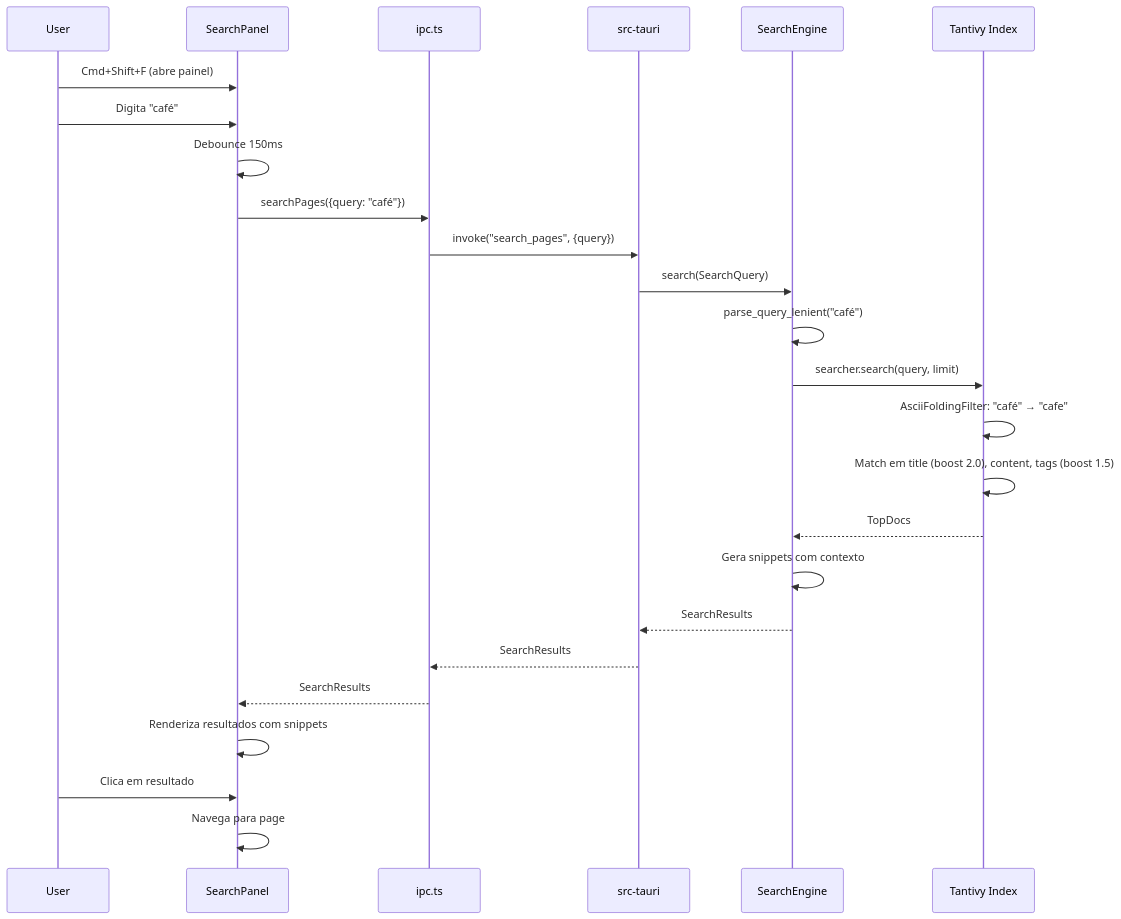
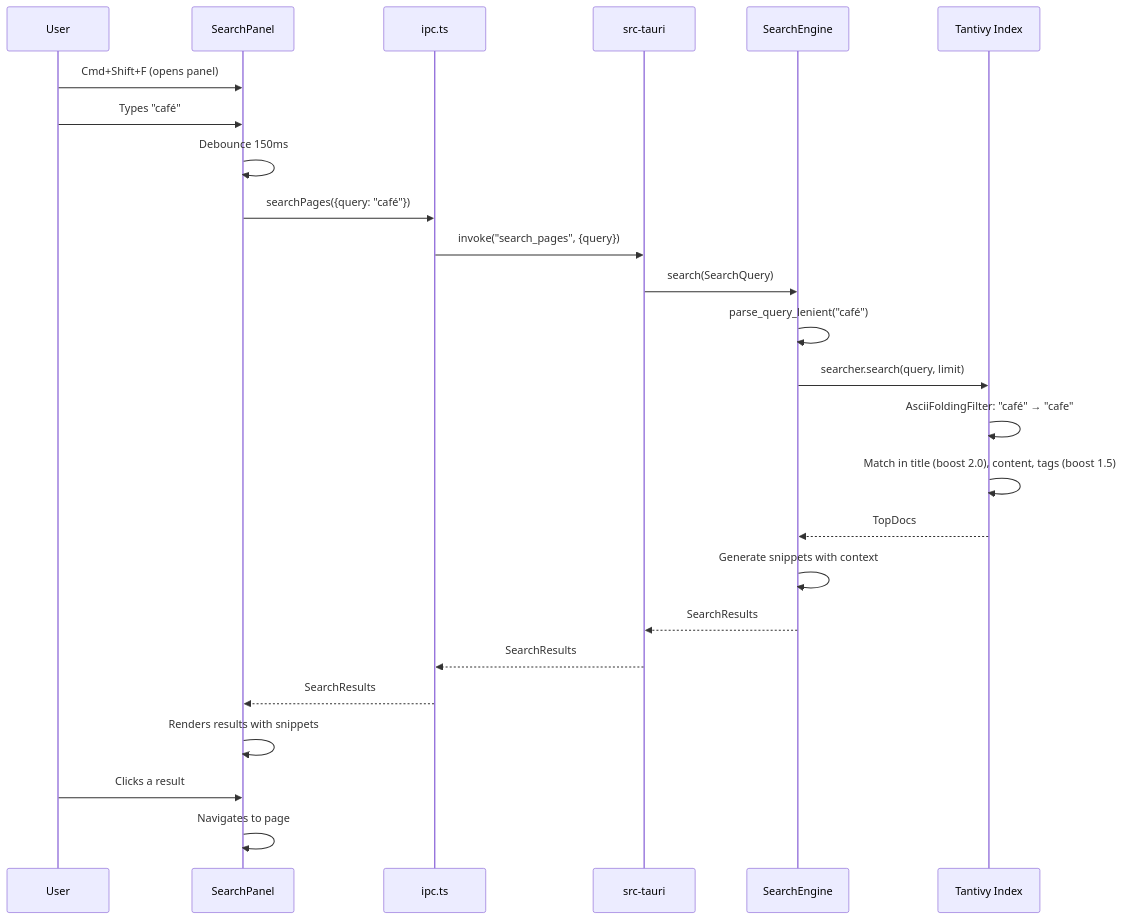
One commit to l3co/open-note changed the tenth of 15 diagrams in docs/ARCHITECTURE.md. Above: the diagram before and after it, drawn with Mermaid. The commit also changed other lines of this file and 10 other files, not shown here.

First line of the commit message:
docs: translate ARCHITECTURE, USER_GUIDE, and all 9 ADRs to English

````diff
--- a/docs/ARCHITECTURE.md
+++ b/docs/ARCHITECTURE.md
@@ -486,32 +486,32 @@
 ```mermaid
 sequenceDiagram
     participant User
     participant Panel as SearchPanel
     participant IPC as ipc.ts
     participant Rust as src-tauri
     participant SE as SearchEngine
     participant Tantivy as Tantivy Index
 
-    User->>Panel: Cmd+Shift+F (abre painel)
-    User->>Panel: Digita "café"
+    User->>Panel: Cmd+Shift+F (opens panel)
+    User->>Panel: Types "café"
     Panel->>Panel: Debounce 150ms
 
     Panel->>IPC: searchPages({query: "café"})
     IPC->>Rust: invoke("search_pages", {query})
     Rust->>SE: search(SearchQuery)
 
     SE->>SE: parse_query_lenient("café")
     SE->>Tantivy: searcher.search(query, limit)
     Tantivy->>Tantivy: AsciiFoldingFilter: "café" → "cafe"
-    Tantivy->>Tantivy: Match em title (boost 2.0), content, tags (boost 1.5)
+    Tantivy->>Tantivy: Match in title (boost 2.0), content, tags (boost 1.5)
     Tantivy-->>SE: TopDocs
 
-    SE->>SE: Gera snippets com contexto
+    SE->>SE: Generate snippets with context
     SE-->>Rust: SearchResults
     Rust-->>IPC: SearchResults
     IPC-->>Panel: SearchResults
 
-    Panel->>Panel: Renderiza resultados com snippets
-    User->>Panel: Clica em resultado
-    Panel->>Panel: Navega para page
+    Panel->>Panel: Renders results with snippets
+    User->>Panel: Clicks a result
+    Panel->>Panel: Navigates to page
 ```
````
